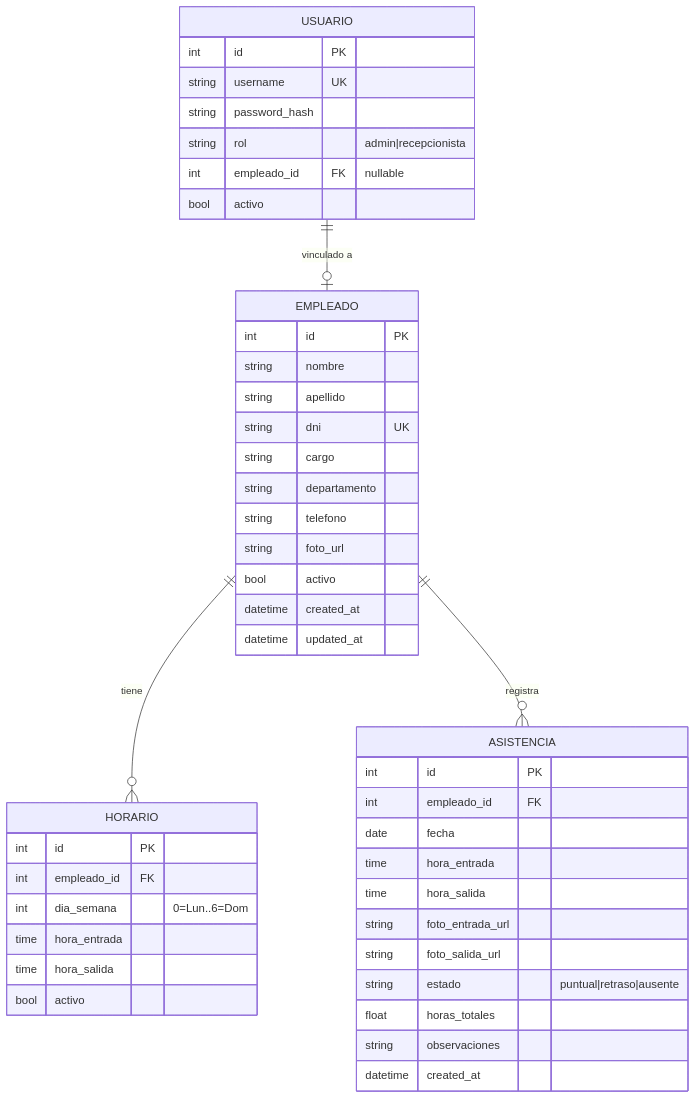
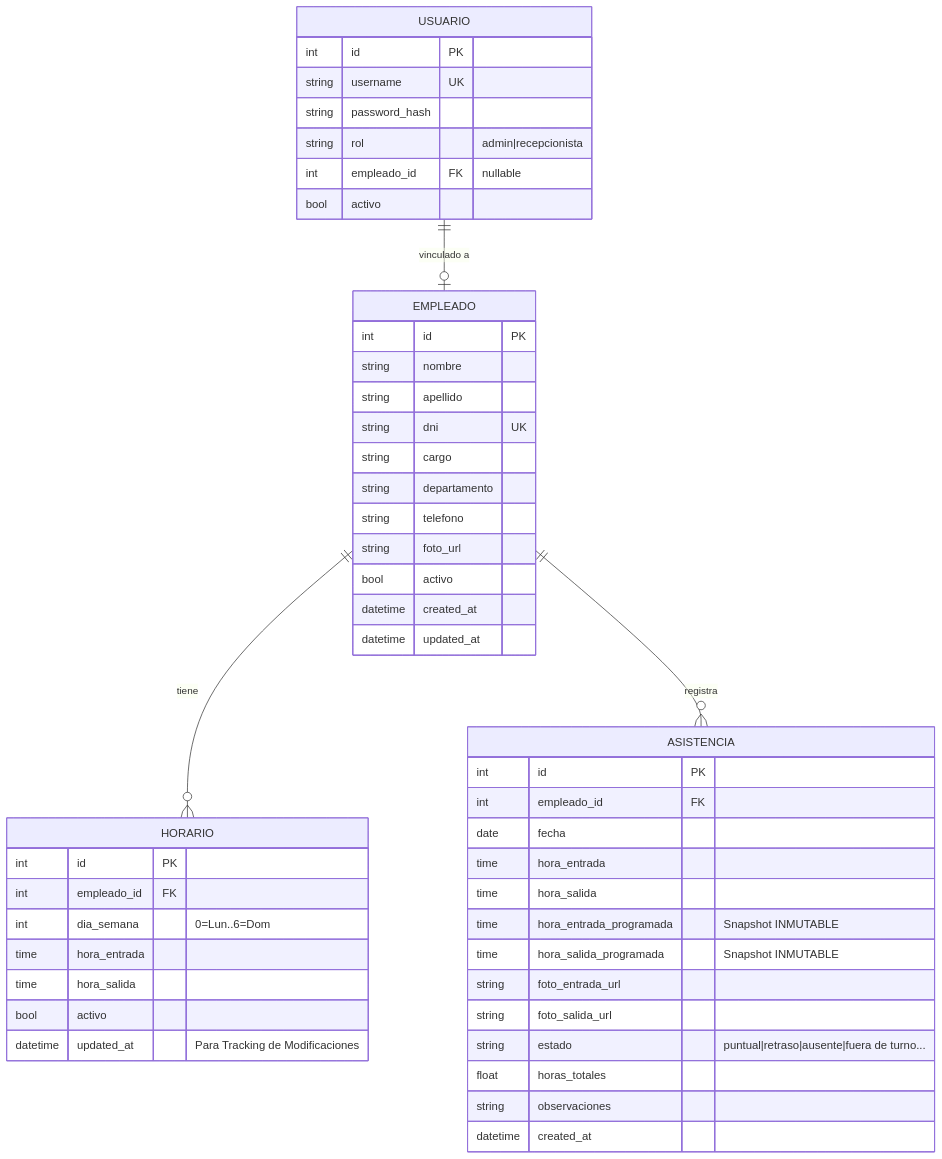
One commit to estebanSulcaInfante/gym-managment changed the diagram in docs/Arquitectura/Base de Datos.md. Above: the diagram before and after it, drawn with Mermaid. The commit also changed other lines of this file and 26 other files, not shown here.

````diff
--- a/docs/Arquitectura/Base de Datos.md
+++ b/docs/Arquitectura/Base de Datos.md
@@ -22,52 +22,55 @@
 ```mermaid
 erDiagram
     USUARIO {
         int id PK
         string username UK
         string password_hash
         string rol "admin|recepcionista"
         int empleado_id FK "nullable"
         bool activo
     }
 
     EMPLEADO {
         int id PK
         string nombre
         string apellido
         string dni UK
         string cargo
         string departamento
         string telefono
         string foto_url
         bool activo
         datetime created_at
         datetime updated_at
     }
 
     HORARIO {
         int id PK
         int empleado_id FK
         int dia_semana "0=Lun..6=Dom"
         time hora_entrada
         time hora_salida
         bool activo
+        datetime updated_at "Para Tracking de Modificaciones"
     }
     
     ASISTENCIA {
         int id PK
         int empleado_id FK
         date fecha
         time hora_entrada
         time hora_salida
+        time hora_entrada_programada "Snapshot INMUTABLE"
+        time hora_salida_programada "Snapshot INMUTABLE"
         string foto_entrada_url
         string foto_salida_url
-        string estado "puntual|retraso|ausente"
+        string estado "puntual|retraso|ausente|fuera de turno..."
         float horas_totales
         string observaciones
         datetime created_at
     }
     
     USUARIO ||--o| EMPLEADO : "vinculado a"
     EMPLEADO ||--o{ HORARIO : "tiene"
     EMPLEADO ||--o{ ASISTENCIA : "registra"
 ```
````
